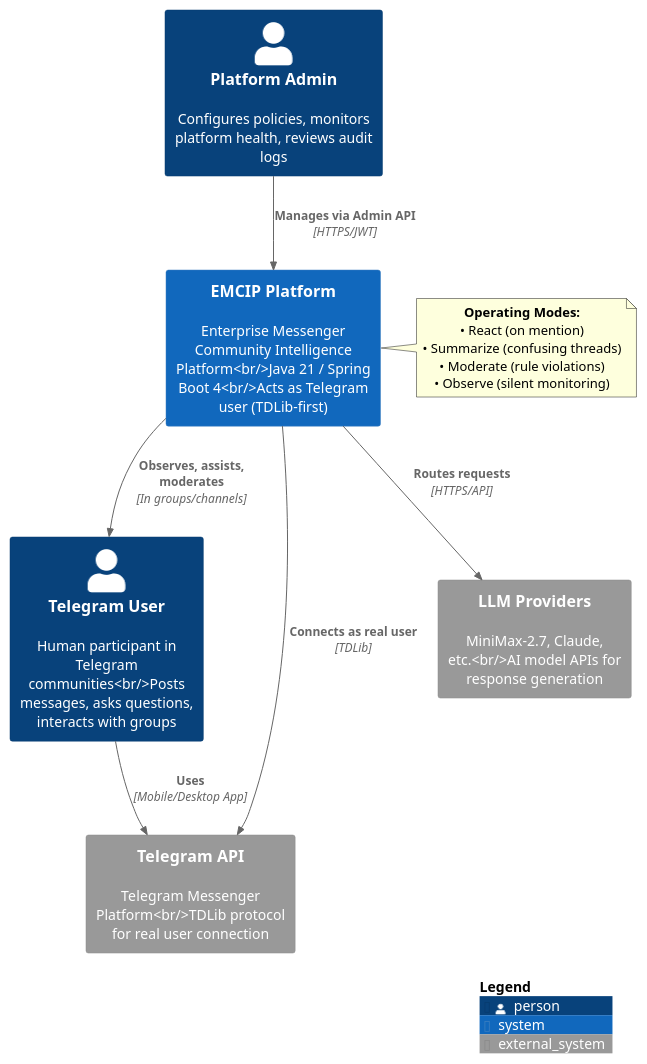
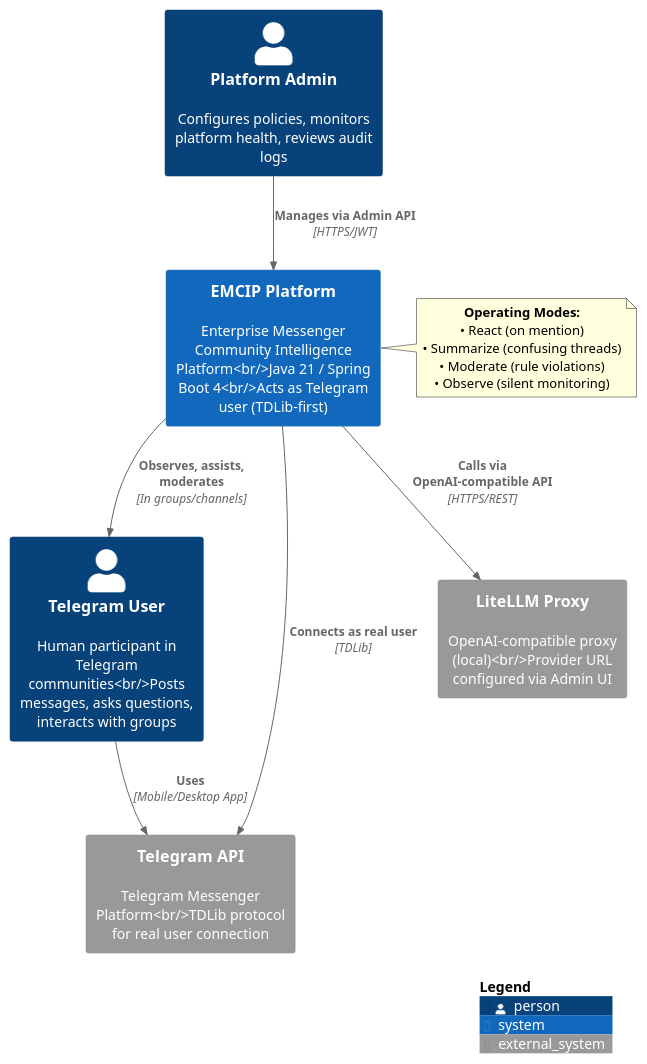
Before and after one commit to theyellow/ecip: the diagram in documentation/diagrams/c1-context.puml, drawn with PlantUML. The commit also changed 6 other files, not shown here.

First line of the commit message:
docs(diagrams): replace MiniMax/Claude references with LiteLLM proxy

```diff
--- a/documentation/diagrams/c1-context.puml
+++ b/documentation/diagrams/c1-context.puml
@@ -1,37 +1,37 @@
 @startuml C1_System_Context
 !include https://raw.githubusercontent.com/plantuml-stdlib/C4-PlantUML/master/C4_Context.puml
 
 ' Purpose: High-level system context showing EMCIP's relationship with external actors and systems
 ' Used in: architecture.adoc - System Context section
 
 LAYOUT_WITH_LEGEND()
 
 ' Actors
 Person(admin, "Platform Admin", "Configures policies, monitors platform health, reviews audit logs")
 Person(telegram_user, "Telegram User", "Human participant in Telegram communities<br/>Posts messages, asks questions, interacts with groups")
 
 ' EMCIP System
 System(ecip, "EMCIP Platform", "Enterprise Messenger Community Intelligence Platform<br/>Java 21 / Spring Boot 4<br/>Acts as Telegram user (TDLib-first)")
 
 ' External Systems
 System_Ext(telegram_api, "Telegram API", "Telegram Messenger Platform<br/>TDLib protocol for real user connection")
-System_Ext(llm_provider, "LLM Providers", "MiniMax-2.7, Claude, etc.<br/>AI model APIs for response generation")
+System_Ext(llm_provider, "LiteLLM Proxy", "OpenAI-compatible proxy (local)<br/>Provider URL configured via Admin UI")
 
 ' Relationships
 Rel(admin, ecip, "Manages via Admin API", "HTTPS/JWT")
 Rel(telegram_user, telegram_api, "Uses", "Mobile/Desktop App")
 Rel(ecip, telegram_api, "Connects as real user", "TDLib")
 Rel(ecip, telegram_user, "Observes, assists, moderates", "In groups/channels")
-Rel(ecip, llm_provider, "Routes requests", "HTTPS/API")
+Rel(ecip, llm_provider, "Calls via OpenAI-compatible API", "HTTPS/REST")
 
 ' Annotations
 note right of ecip
   <b>Operating Modes:</b>
   • React (on mention)
   • Summarize (confusing threads)
   • Moderate (rule violations)
   • Observe (silent monitoring)
 end note
 
 SHOW_LEGEND()
 @enduml
```
